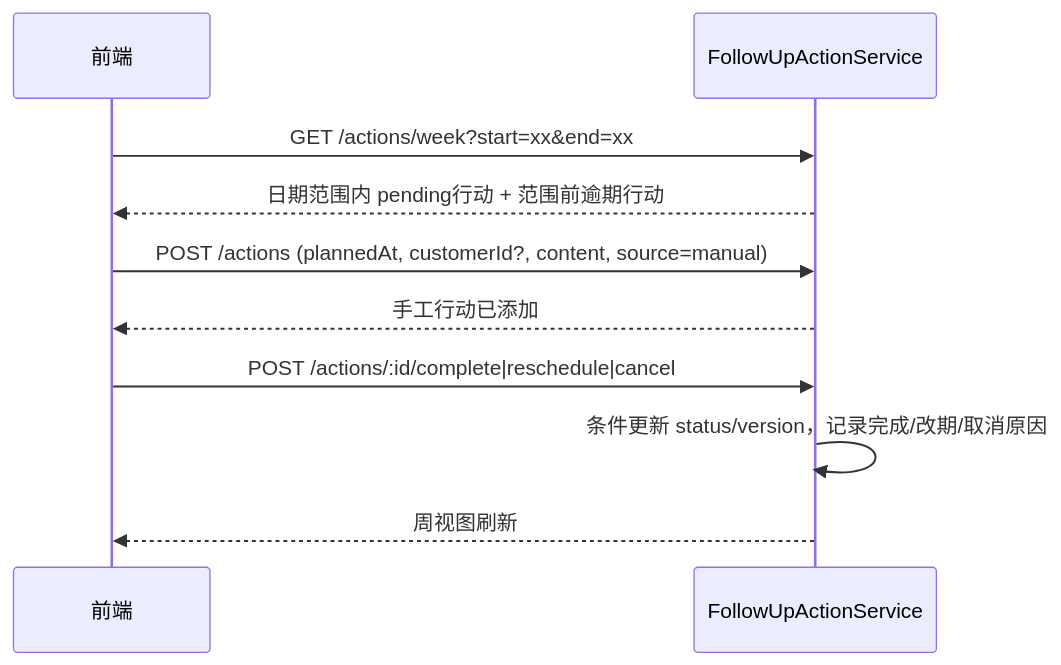
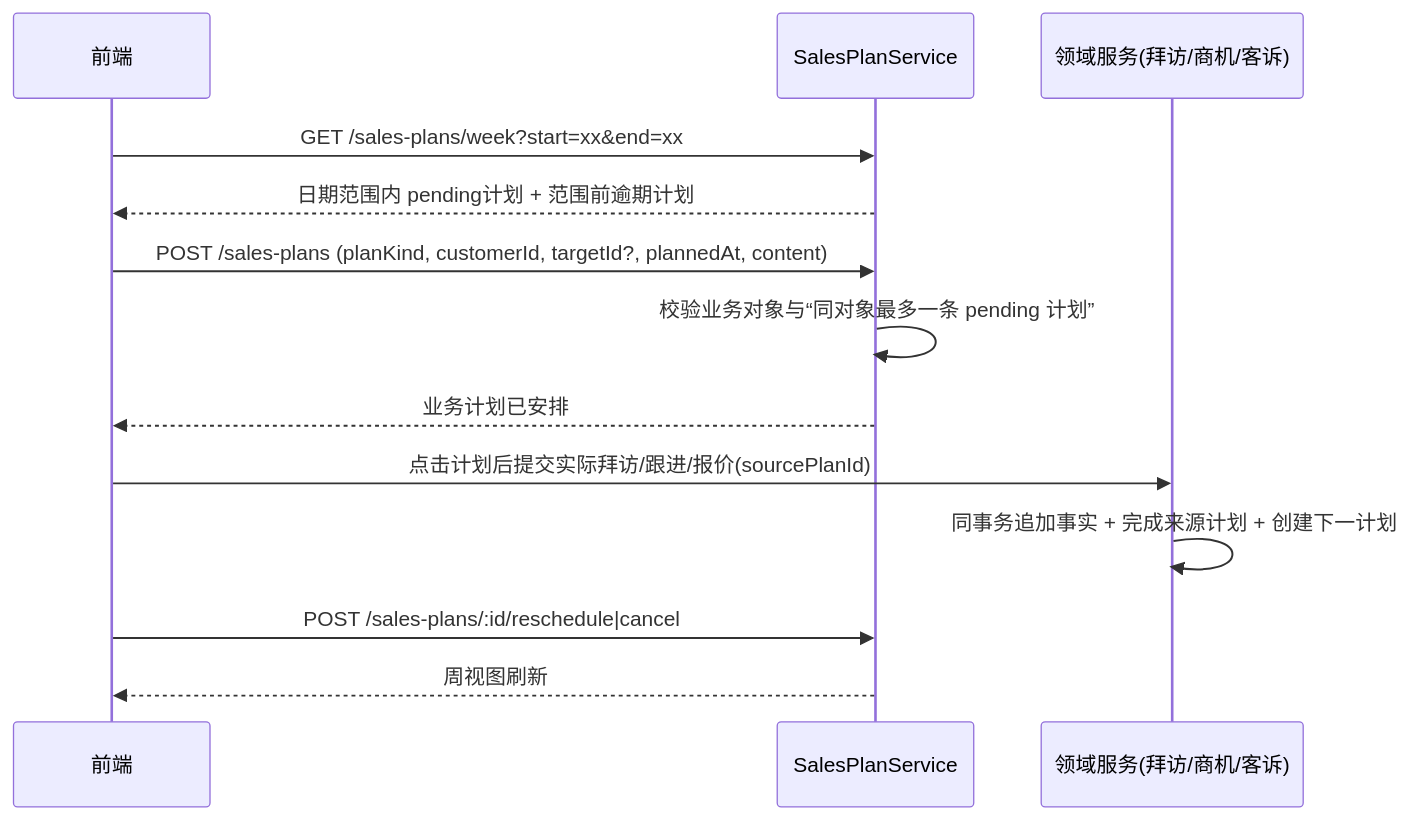
One commit to lixiname/LITECRM changed diagram 21 of 26 in docs/重构架构决策与实施蓝图.md. Above: the diagram before and after it, drawn with Mermaid. The commit also changed other lines of this file and 72 other files, not shown here.

Commit message:
feat: remodel sales plans and customer workbench

````diff
--- a/docs/重构架构决策与实施蓝图.md
+++ b/docs/重构架构决策与实施蓝图.md
@@ -1193,12 +1197,15 @@
 ```mermaid
 sequenceDiagram
     participant C as 前端
-    participant S as FollowUpActionService
-    C->>S: GET /actions/week?start=xx&end=xx
-    S-->>C: 日期范围内 pending行动 + 范围前逾期行动
-    C->>S: POST /actions (plannedAt, customerId?, content, source=manual)
-    S-->>C: 手工行动已添加
-    C->>S: POST /actions/:id/complete|reschedule|cancel
-    S->>S: 条件更新 status/version，记录完成/改期/取消原因
-    S-->>C: 周视图刷新
+    participant P as SalesPlanService
+    participant B as 领域服务(拜访/商机/客诉)
+    C->>P: GET /sales-plans/week?start=xx&end=xx
+    P-->>C: 日期范围内 pending计划 + 范围前逾期计划
+    C->>P: POST /sales-plans (planKind, customerId, targetId?, plannedAt, content)
+    P->>P: 校验业务对象与“同对象最多一条 pending 计划”
+    P-->>C: 业务计划已安排
+    C->>B: 点击计划后提交实际拜访/跟进/报价(sourcePlanId)
+    B->>B: 同事务追加事实 + 完成来源计划 + 创建下一计划
+    C->>P: POST /sales-plans/:id/reschedule|cancel
+    P-->>C: 周视图刷新
 ```
````
